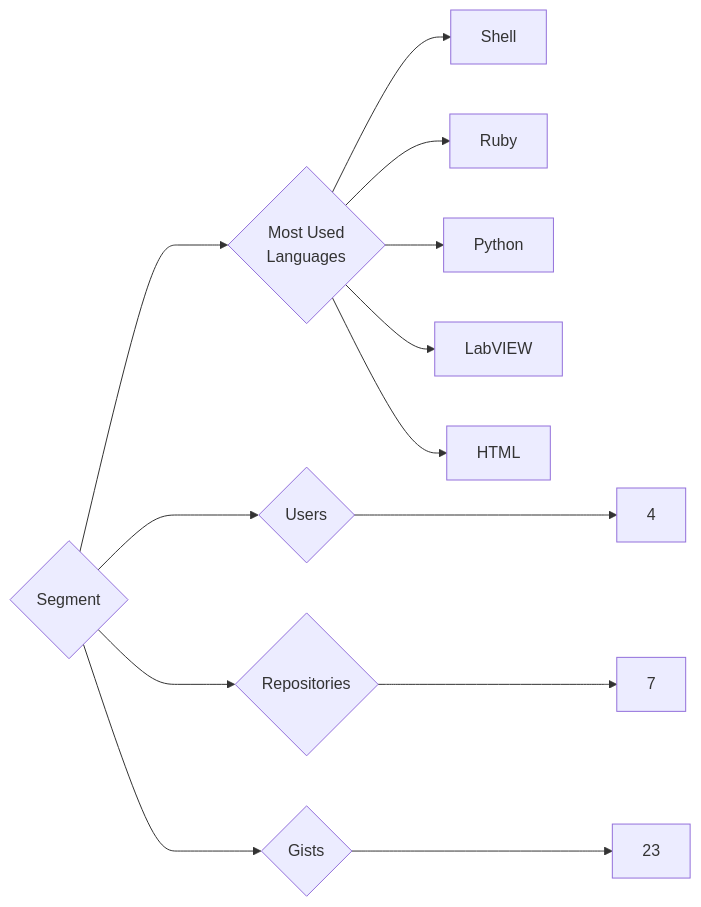
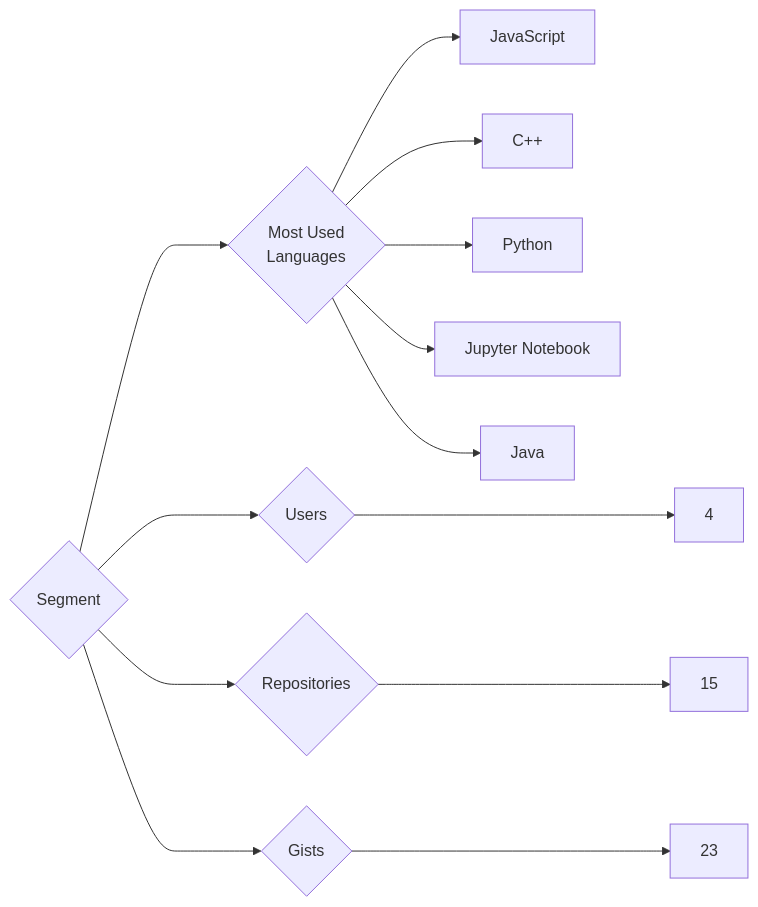
Before and after one commit to trickest/insiders: the diagram in targets/Segment/README.md, drawn with Mermaid. The commit also changed 682 other files, not shown here.

````diff
--- a/targets/Segment/README.md
+++ b/targets/Segment/README.md
@@ -3,13 +3,13 @@
 ```mermaid
 graph LR
 COMPANY_NAME{Segment}
 COMPANY_NAME ---> U{Users} ---> UN[4]
-COMPANY_NAME ---> R{Repositories} ---> RN[7]
+COMPANY_NAME ---> R{Repositories} ---> RN[15]
 COMPANY_NAME ---> G{Gists} ---> GN[23]
 COMPANY_NAME ---> ML{Most Used<br>Languages}
-ML --> Shell[Shell]
-ML --> Ruby[Ruby]
+ML --> JavaScript[JavaScript]
+ML --> C++[C++]
 ML --> Python[Python]
-ML --> LabVIEW[LabVIEW]
-ML --> HTML[HTML]
+ML --> Jupyter_Notebook[Jupyter Notebook]
+ML --> Java[Java]
 ```
````
